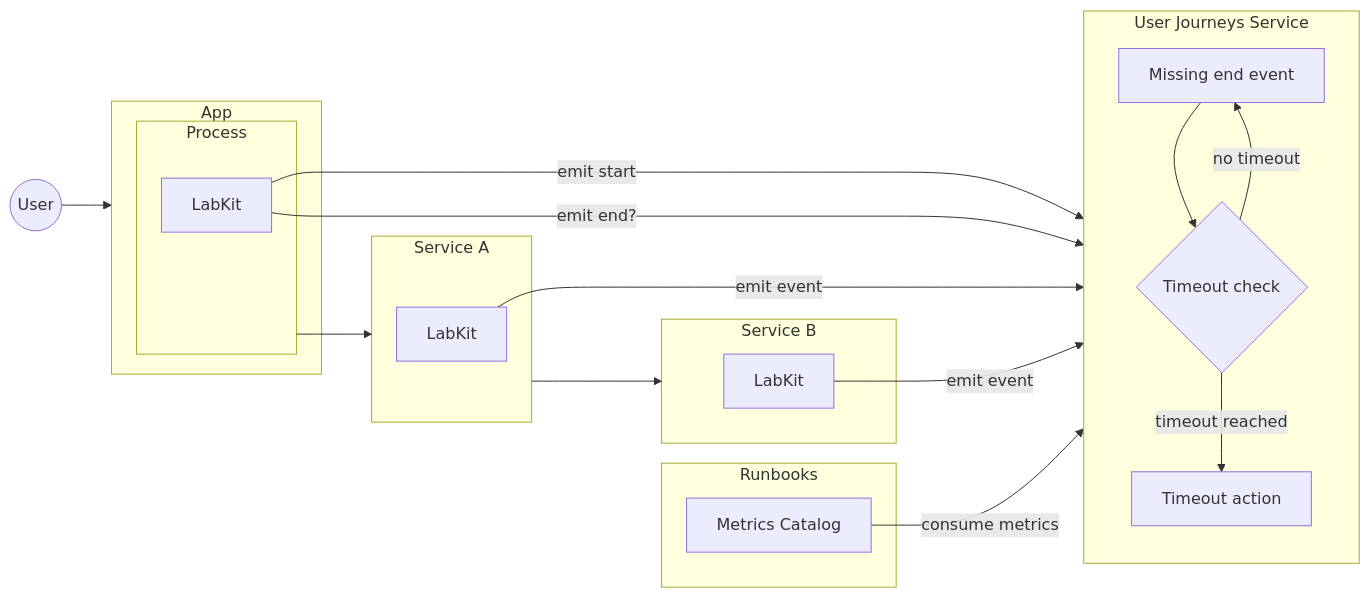
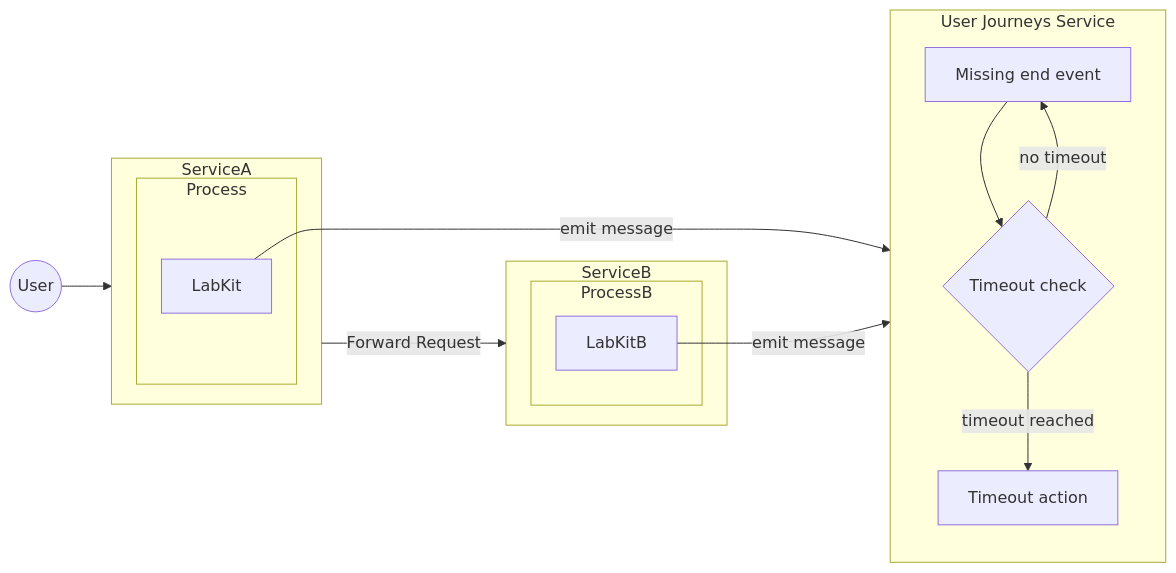
The first of 4 diagrams in content/handbook/engineering/architecture/design-documents/user_journey_slis/_index.md (zalyoung/gitlab-handbook), drawn with Mermaid before and after one commit. The commit also changed other lines of this file, not shown here.

Commit message:
chore: Sequence diagrams for sync, async, and batched req

````diff
--- a/content/handbook/engineering/architecture/design-documents/user_journey_slis/_index.md
+++ b/content/handbook/engineering/architecture/design-documents/user_journey_slis/_index.md
@@ -76,41 +76,30 @@
 ```mermaid
 flowchart LR
     User@{shape: circle}
 
-    subgraph App
+    subgraph ServiceA
         subgraph Process
             LabKit
+        end
+    end
+    subgraph ServiceB
+        subgraph ProcessB
+            LabKitB
         end
     end
 
     subgraph journeyService[User Journeys Service]
         missing_end[Missing end event]
         timeout_check{Timeout check}
         timeout_action[Timeout action]
 
         missing_end --> timeout_check
         timeout_check --no timeout--> missing_end
         timeout_check --timeout reached--> timeout_action
     end
 
-    subgraph Runbooks
-        metricsCatalog[Metrics Catalog]
-    end
-
-    subgraph s1[Service A]
-        LabKitS1[LabKit]
-    end
-    subgraph s2[Service B]
-        LabKitS2[LabKit]
-    end
-
-    User --> App
-    Process --> s1
-    LabKit --emit start--> journeyService
-    LabKit --emit end?--> journeyService
-    s1 --> s2
-    LabKitS1 --emit event--> journeyService
-    LabKitS2 --emit event--> journeyService
-
-    metricsCatalog --consume metrics--> journeyService
+    User --> ServiceA
+    LabKit --emit message--> journeyService
+    ServiceA --Forward Request--> ServiceB
+    LabKitB --emit message--> journeyService
 ```
````
